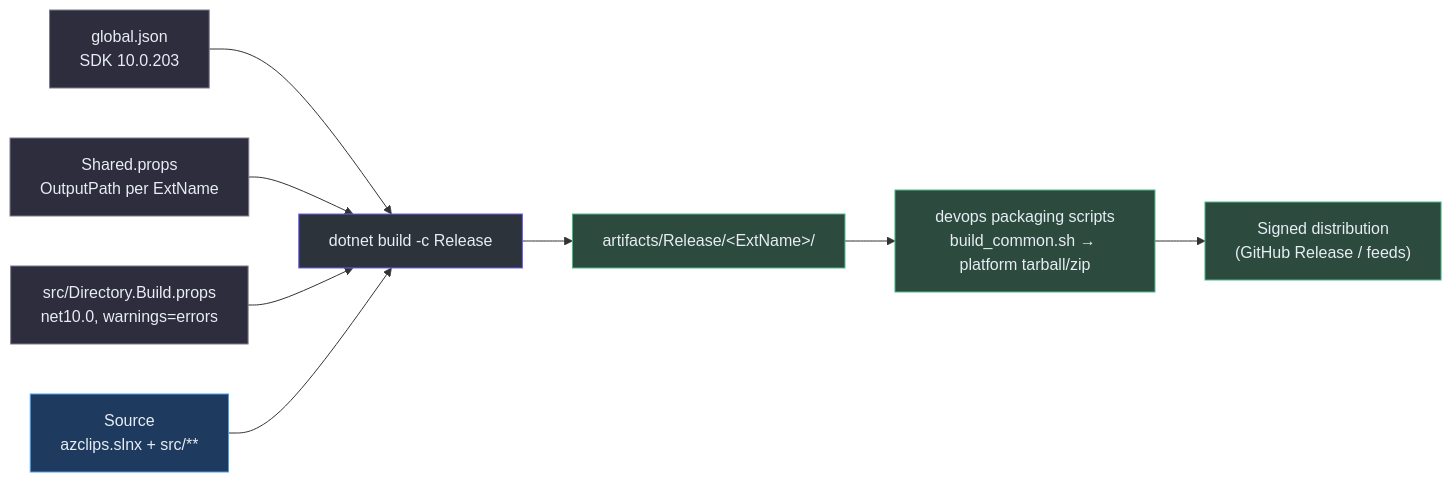
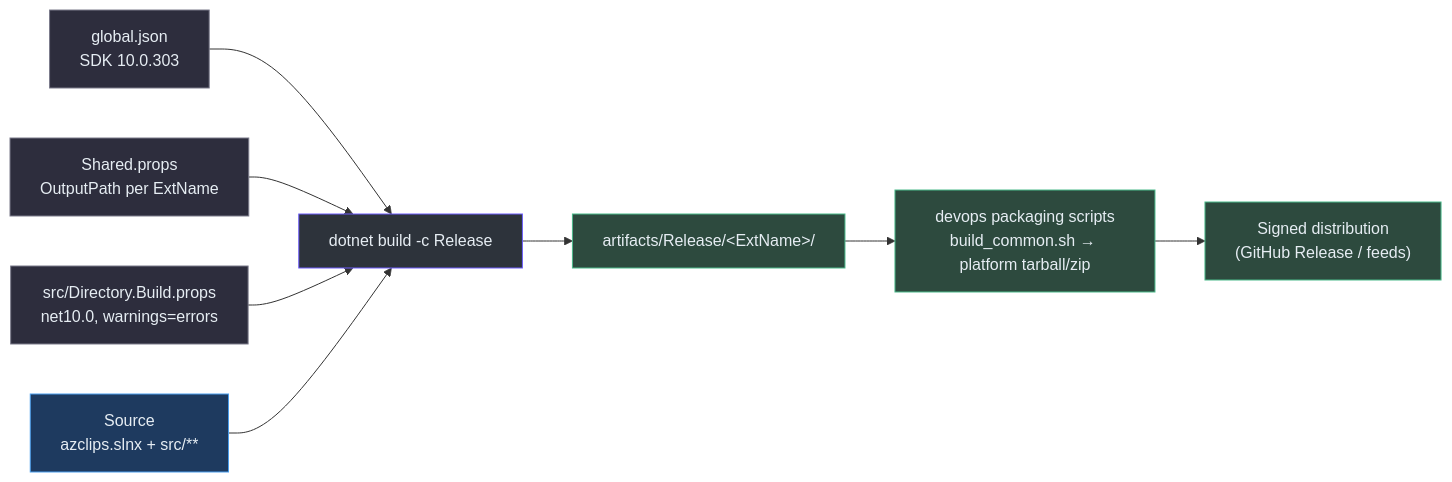
The first of 2 diagrams in wiki/02-deep-dive/build-cicd.md (Azure/azclips), drawn with Mermaid before and after one commit. The commit also changed other lines of this file and 5 other files, not shown here.

````diff
--- a/wiki/02-deep-dive/build-cicd.md
+++ b/wiki/02-deep-dive/build-cicd.md
@@ -50,23 +50,23 @@
 ```mermaid
 flowchart LR
     SRC["Source<br>azclips.slnx + src/**"]
-    GJ["global.json<br>SDK 10.0.203"]
+    GJ["global.json<br>SDK 10.0.303"]
     SP["Shared.props<br>OutputPath per ExtName"]
     DBP["src/Directory.Build.props<br>net10.0, warnings=errors"]
     BUILD["dotnet build -c Release"]
     ART["artifacts/Release/&lt;ExtName&gt;/"]
     PKG["devops packaging scripts<br>build_common.sh → platform tarball/zip"]
     DIST["Signed distribution<br>(GitHub Release / feeds)"]
     GJ --> BUILD
     SP --> BUILD
     DBP --> BUILD
     SRC --> BUILD --> ART --> PKG --> DIST
     style SRC fill:#1e3a5f,stroke:#4a9eed,color:#e6edf3
     style GJ fill:#2d2d3d,stroke:#7a7a8a,color:#e6edf3
     style SP fill:#2d2d3d,stroke:#7a7a8a,color:#e6edf3
     style DBP fill:#2d2d3d,stroke:#7a7a8a,color:#e6edf3
     style BUILD fill:#2d333b,stroke:#6d5dfc,color:#e6edf3
     style ART fill:#2d4a3e,stroke:#4aba8a,color:#e6edf3
     style PKG fill:#2d4a3e,stroke:#4aba8a,color:#e6edf3
     style DIST fill:#2d4a3e,stroke:#4aba8a,color:#e6edf3
 ```
````
